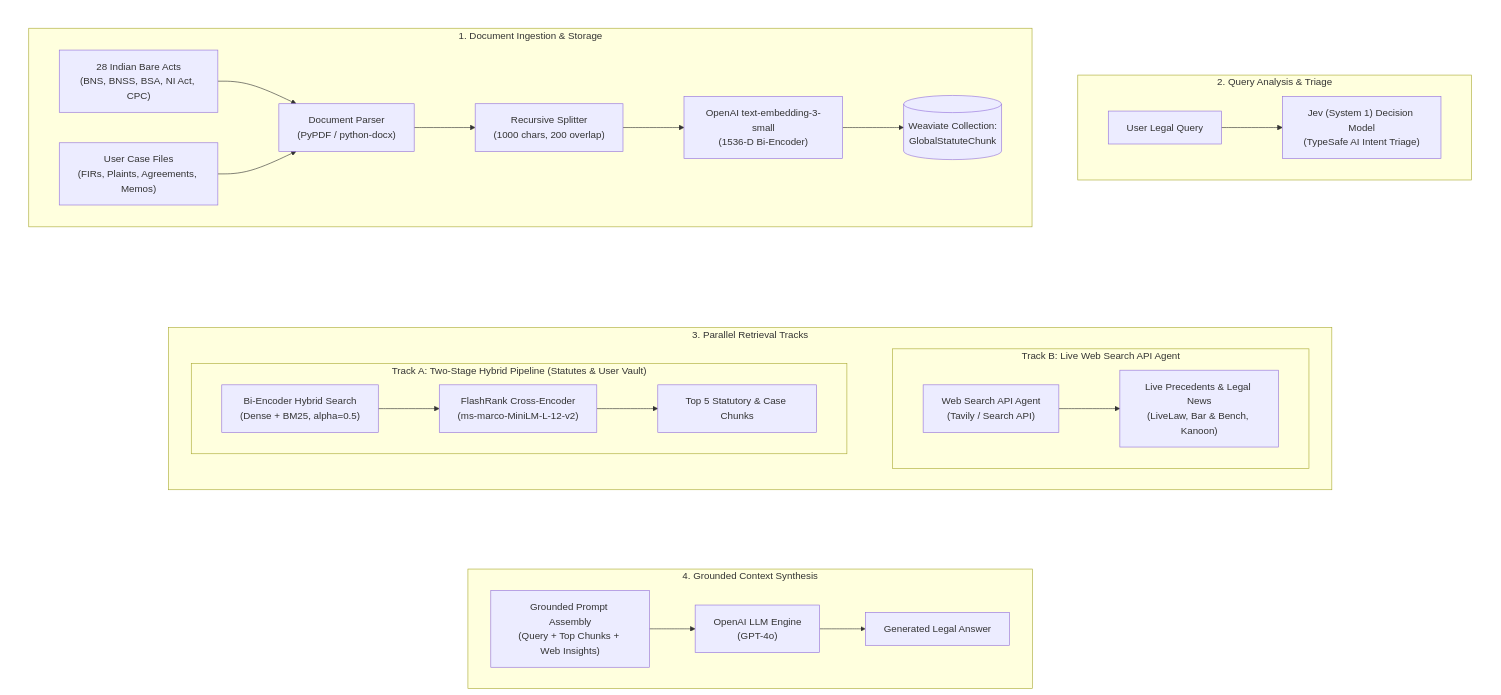
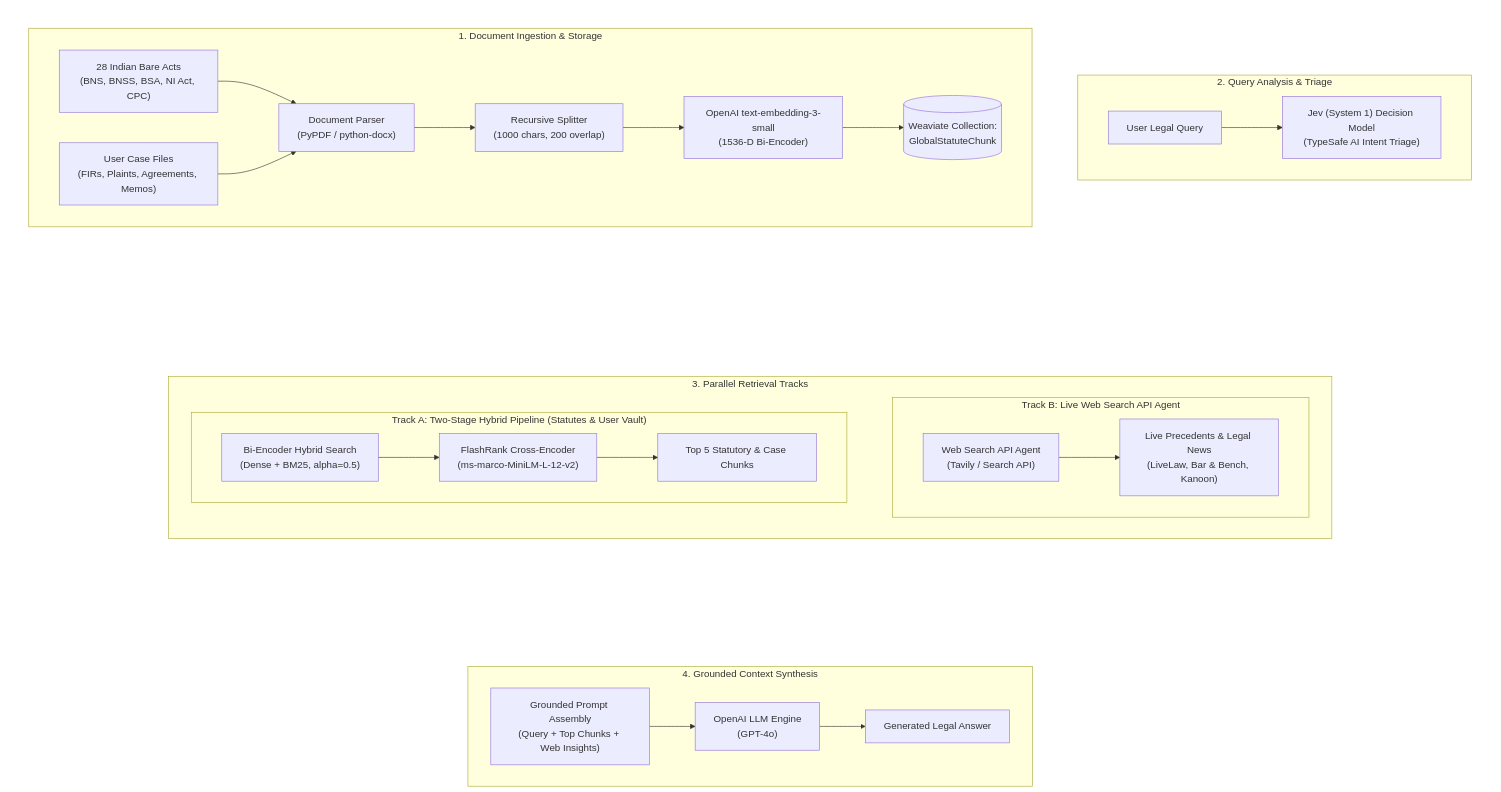
The first of 2 diagrams in README.md (JaywardhanYadav/LegalDrishti-AI), drawn with Mermaid before and after one commit. The commit also changed other lines of this file, not shown here.

Commit message:
docs: increase distance between lines in V1 diagram and embed architecture PNG

````diff
--- a/README.md
+++ b/README.md
@@ -35,52 +35,54 @@
 ```mermaid
 flowchart TD
     subgraph ROW1[" "]
         direction LR
         subgraph INGEST_V1["1. Document Ingestion & Storage"]
             direction LR
             DOC_STATUTES["28 Indian Bare Acts\n(BNS, BNSS, BSA, NI Act, CPC)"]
             DOC_USER["User Case Files\n(FIRs, Plaints, Agreements, Memos)"]
 
             DOC_STATUTES --> PARSER_V1["Document Parser\n(PyPDF / python-docx)"]
             DOC_USER --> PARSER_V1
             PARSER_V1 --> CHUNK_V1["Recursive Splitter\n(1000 chars, 200 overlap)"]
             CHUNK_V1 --> EMBED_V1["OpenAI text-embedding-3-small\n(1536-D Bi-Encoder)"]
             EMBED_V1 --> WEAVIATE_V1[("Weaviate Collection:\nGlobalStatuteChunk")]
         end
 
         INGEST_V1 ~~~ TRIAGE_V1
 
         subgraph TRIAGE_V1["2. Query Analysis & Triage"]
             direction LR
             QUERY_V1["User Legal Query"] --> JEV_V1["Jev (System 1) Decision Model\n(TypeSafe AI Intent Triage)"]
         end
     end
 
     subgraph RETRIEVE_V1["3. Parallel Retrieval Tracks"]
         direction LR
 
         subgraph PIPELINE_INTERNAL["Track A: Two-Stage Hybrid Pipeline (Statutes & User Vault)"]
             direction LR
             HYBRID_V1["Bi-Encoder Hybrid Search\n(Dense + BM25, alpha=0.5)"] --> RERANK_V1["FlashRank Cross-Encoder\n(ms-marco-MiniLM-L-12-v2)"] --> TOP_INTERNAL["Top 5 Statutory & Case Chunks"]
         end
 
         PIPELINE_INTERNAL ~~~ PIPELINE_WEB
 
         subgraph PIPELINE_WEB["Track B: Live Web Search API Agent"]
             direction LR
             AGENT_WEB["Web Search API Agent\n(Tavily / Search API)"] --> WEB_RESULTS["Live Precedents & Legal News\n(LiveLaw, Bar & Bench, Kanoon)"]
         end
     end
 
-    ROW1 ~~~ SPACE_ROW[" "] ~~~ RETRIEVE_V1
-    RETRIEVE_V1 ~~~ SPACE_ROW2[" "] ~~~ SYNTHESIS_V1
+    ROW1 ~~~ SPACE_ROW1A[" "] ~~~ SPACE_ROW1B[" "] ~~~ RETRIEVE_V1
+    RETRIEVE_V1 ~~~ SPACE_ROW2A[" "] ~~~ SPACE_ROW2B[" "] ~~~ SYNTHESIS_V1
 
     subgraph SYNTHESIS_V1["4. Grounded Context Synthesis"]
         direction LR
         PROMPT_V1["Grounded Prompt Assembly\n(Query + Top Chunks + Web Insights)"] --> LLM_V1["OpenAI LLM Engine\n(GPT-4o)"] --> ANS_V1["Generated Legal Answer"]
     end
 
     style ROW1 fill:none,stroke:none
-    style SPACE_ROW fill:none,stroke:none,color:transparent
-    style SPACE_ROW2 fill:none,stroke:none,color:transparent
+    style SPACE_ROW1A fill:none,stroke:none,color:transparent
+    style SPACE_ROW1B fill:none,stroke:none,color:transparent
+    style SPACE_ROW2A fill:none,stroke:none,color:transparent
+    style SPACE_ROW2B fill:none,stroke:none,color:transparent
 ```
````
